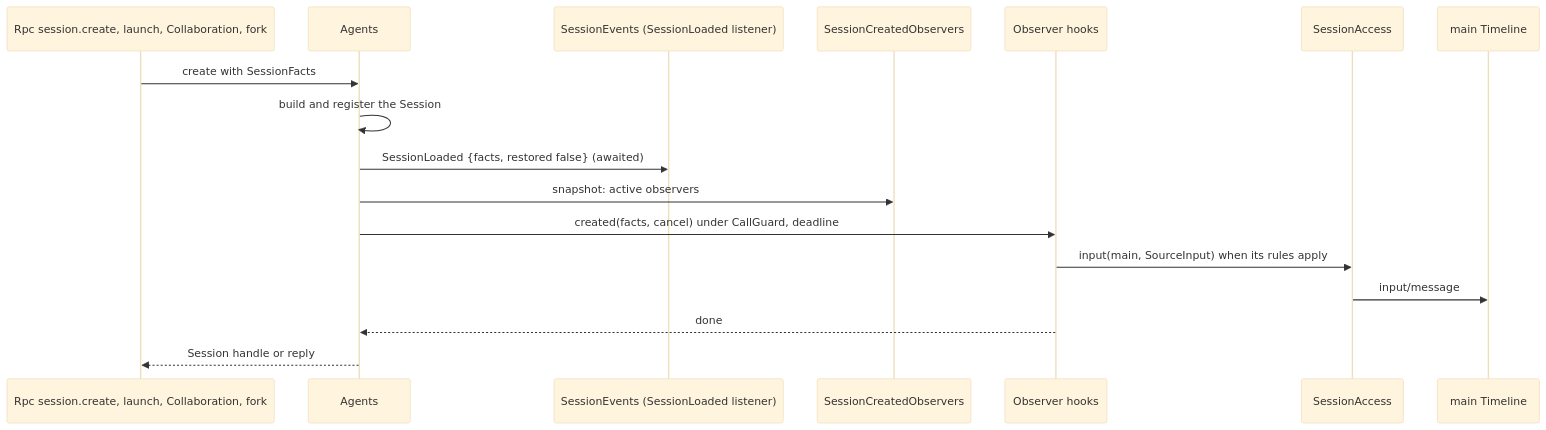
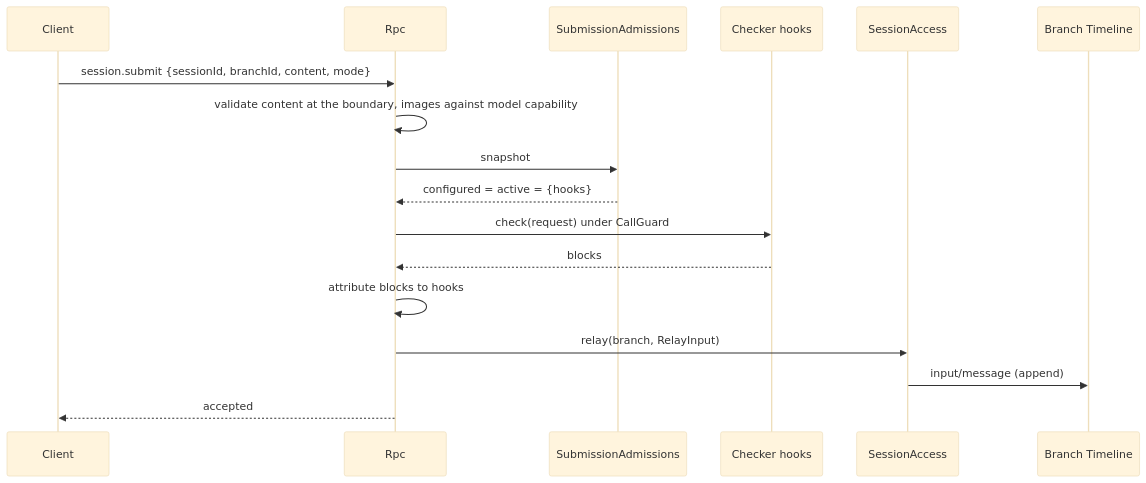
One commit to CoutinhoTTS/dim-agent changed the fourth of 5 diagrams in docs/design/contracts/session-boundary.md. Above: the diagram before and after it, drawn with Mermaid (base theme). The commit also changed other lines of this file and 4 other files, not shown here.

````diff
--- a/docs/design/contracts/session-boundary.md
+++ b/docs/design/contracts/session-boundary.md
@@ -131,19 +98,19 @@
 ```mermaid
 sequenceDiagram
-  participant Caller as Rpc session.create, launch, Collaboration, fork
-  participant A as Agents
-  participant SE as SessionEvents (SessionLoaded listener)
-  participant R as SessionCreatedObservers
-  participant H as Observer hooks
+  participant CL as Client
+  participant Rpc as Rpc
+  participant R as SubmissionAdmissions
+  participant H as Checker hooks
   participant SA as SessionAccess
-  participant TL as main Timeline
-  Caller->>A: create with SessionFacts
-  A->>A: build and register the Session
-  A->>SE: SessionLoaded {facts, restored false} (awaited)
-  A->>R: snapshot: active observers
-  A->>H: created(facts, cancel) under CallGuard, deadline
-  H->>SA: input(main, SourceInput) when its rules apply
-  SA->>TL: input/message
-  H-->>A: done
-  A-->>Caller: Session handle or reply
+  participant TL as Branch Timeline
+  CL->>Rpc: session.submit {sessionId, branchId, content, mode}
+  Rpc->>Rpc: validate content at the boundary, images against model capability
+  Rpc->>R: snapshot
+  R-->>Rpc: configured = active = {hooks}
+  Rpc->>H: check(request) under CallGuard
+  H-->>Rpc: blocks
+  Rpc->>Rpc: attribute blocks to hooks
+  Rpc->>SA: relay(branch, RelayInput)
+  SA->>TL: input/message (append)
+  Rpc-->>CL: accepted
 ```
````
